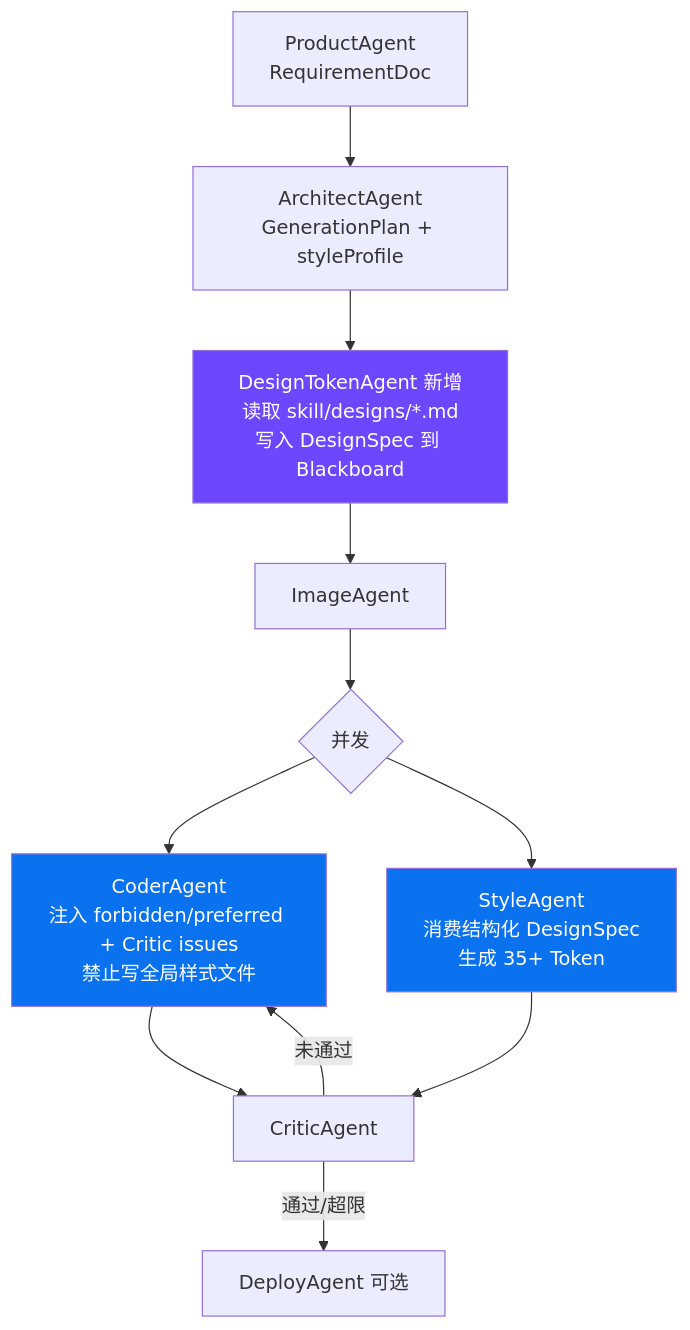
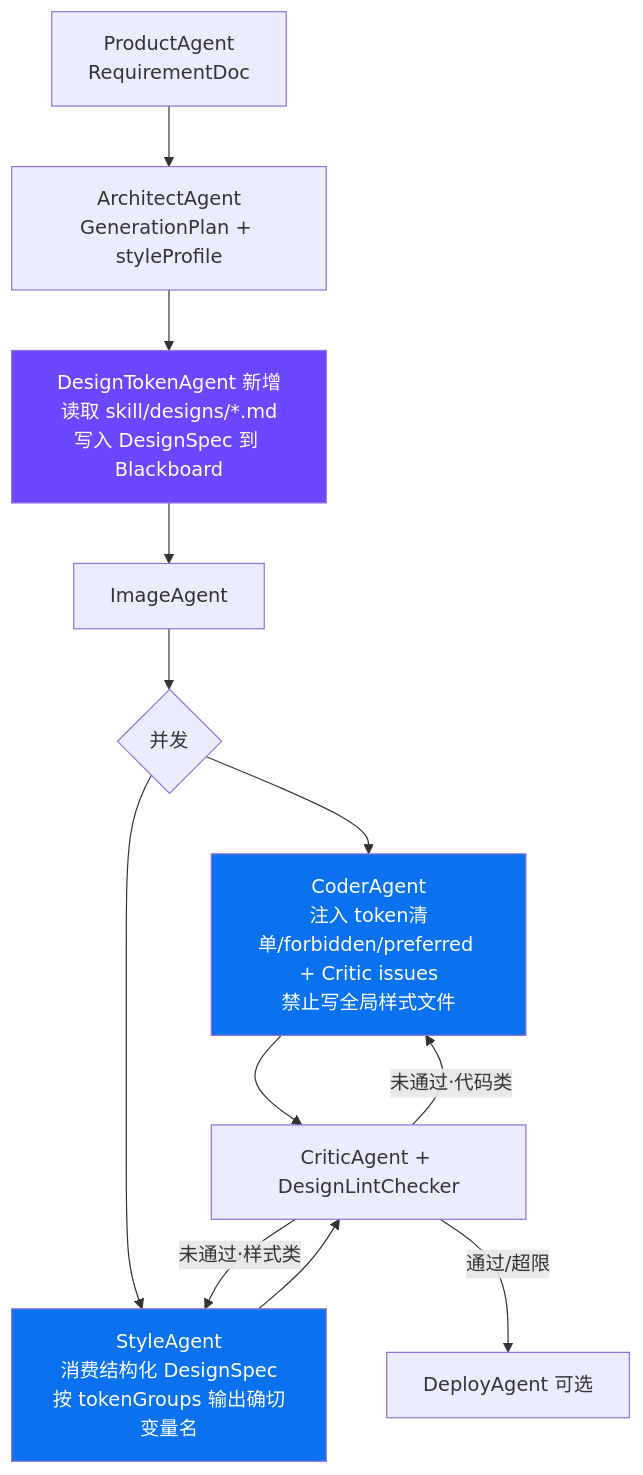
The second of 4 diagrams in docs/design-token-refactor-plan.md (wind-ctrl-v/yu-CreatAi), drawn with Mermaid before and after one commit. The commit also changed other lines of this file, not shown here.

````diff
--- a/docs/design-token-refactor-plan.md
+++ b/docs/design-token-refactor-plan.md
@@ -245,16 +333,17 @@
 ```mermaid
 flowchart TD
     A[ProductAgent<br/>RequirementDoc] --> B[ArchitectAgent<br/>GenerationPlan + styleProfile]
     B --> C[DesignTokenAgent 新增<br/>读取 skill/designs/*.md<br/>写入 DesignSpec 到 Blackboard]
     C --> D[ImageAgent]
     D --> E{并发}
-    E --> F[CoderAgent<br/>注入 forbidden/preferred + Critic issues<br/>禁止写全局样式文件]
-    E --> G[StyleAgent<br/>消费结构化 DesignSpec<br/>生成 35+ Token]
-    F --> H[CriticAgent]
+    E --> F[CoderAgent<br/>注入 token清单/forbidden/preferred + Critic issues<br/>禁止写全局样式文件]
+    E --> G[StyleAgent<br/>消费结构化 DesignSpec<br/>按 tokenGroups 输出确切变量名]
+    F --> H[CriticAgent + DesignLintChecker]
     G --> H
-    H -->|未通过| F
+    H -->|未通过·代码类| F
+    H -->|未通过·样式类| G
     H -->|通过/超限| I[DeployAgent 可选]
     style C fill:#6c47ff,color:#fff
     style F fill:#0a72ef,color:#fff
     style G fill:#0a72ef,color:#fff
 ```
````
